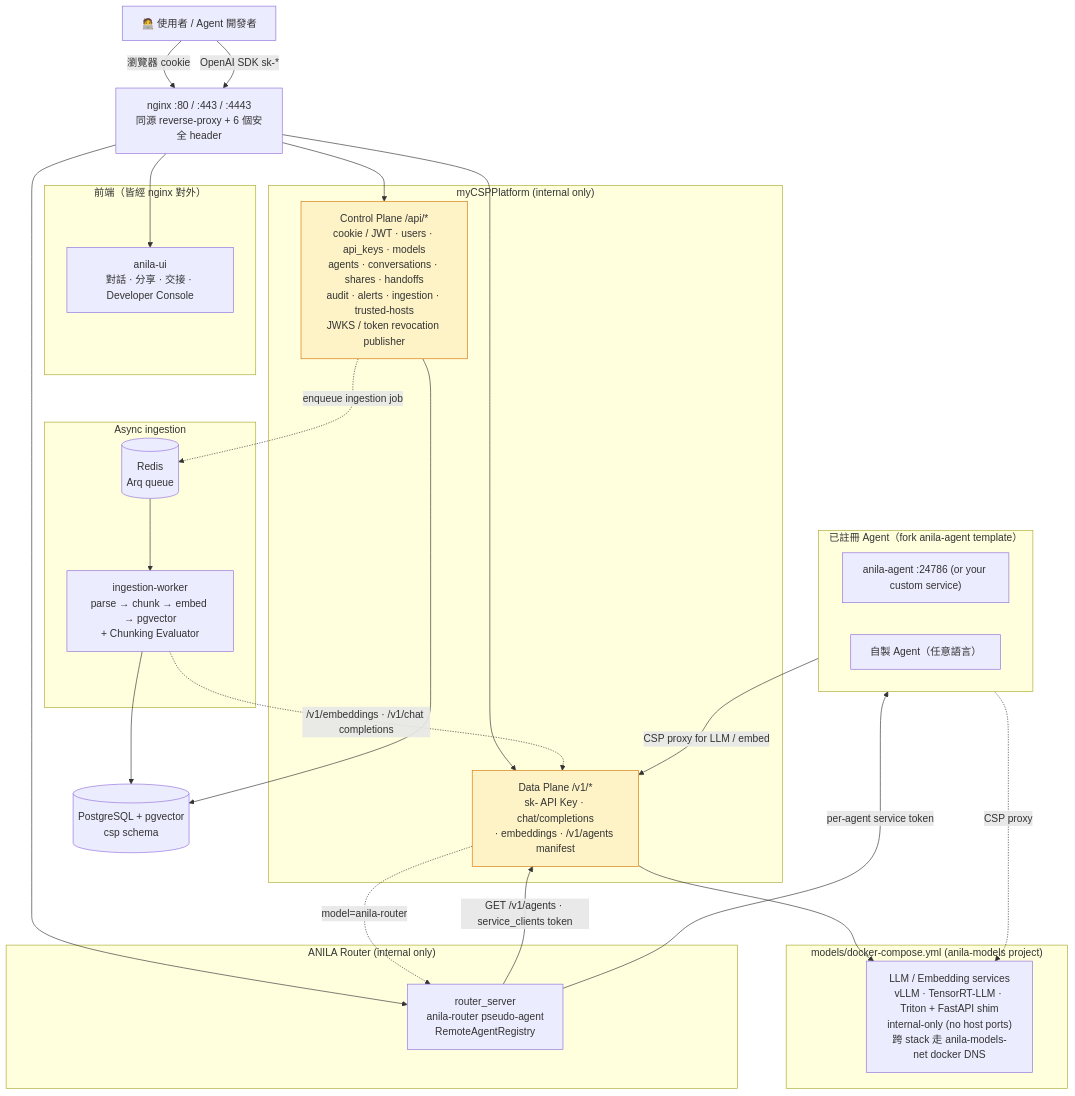
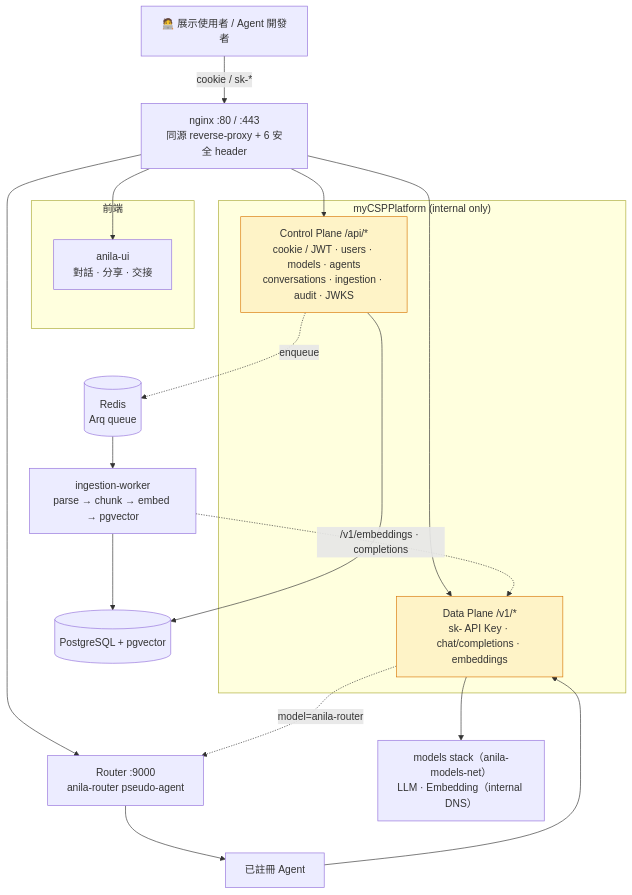
One commit to zzw09773/ANILA changed the diagram in README.md. Above: the diagram before and after it, drawn with Mermaid. The commit also changed other lines of this file, not shown here.

````diff
--- a/README.md
+++ b/README.md
@@ -24,57 +56,31 @@
 ```mermaid
 flowchart TB
-    users["🧑‍💻 使用者 / Agent 開發者"]
-    nginx["nginx :80 / :443 / :4443<br/>同源 reverse-proxy + 6 個安全 header"]
+    users["🧑‍💻 展示使用者 / Agent 開發者"]
+    nginx["nginx :80 / :443<br/>同源 reverse-proxy + 6 安全 header"]
 
-    subgraph spas["前端（皆經 nginx 對外）"]
-        anila_ui["anila-ui<br/>對話 · 分享 · 交接 · Developer Console"]
+    subgraph spas["前端"]
+        anila_ui["anila-ui<br/>對話 · 分享 · 交接"]
     end
 
     subgraph csp["myCSPPlatform (internal only)"]
-        csp_ctrl["Control Plane /api/*<br/>cookie / JWT · users · api_keys · models<br/>agents · conversations · shares · handoffs<br/>audit · alerts · ingestion · trusted-hosts<br/>JWKS / token revocation publisher"]
-        csp_data["Data Plane /v1/*<br/>sk- API Key · chat/completions<br/>· embeddings · /v1/agents manifest"]
+        csp_ctrl["Control Plane /api/*<br/>cookie / JWT · users · models · agents<br/>conversations · ingestion · audit · JWKS"]
+        csp_data["Data Plane /v1/*<br/>sk- API Key · chat/completions · embeddings"]
     end
 
-    subgraph router["ANILA Router (internal only)"]
-        router_core["router_server<br/>anila-router pseudo-agent<br/>RemoteAgentRegistry"]
-    end
+    router_core["Router :9000<br/>anila-router pseudo-agent"]
+    agents["已註冊 Agent"]
+    redis[("Redis<br/>Arq queue")]
+    worker["ingestion-worker<br/>parse → chunk → embed → pgvector"]
+    llm["models stack（anila-models-net）<br/>LLM · Embedding（internal DNS）"]
+    db[("PostgreSQL + pgvector")]
 
-    subgraph agents["已註冊 Agent（fork anila-agent template）"]
-        rag["anila-agent :24786 (or your custom service)"]
-        custom["自製 Agent（任意語言）"]
-    end
-
-    subgraph async["Async ingestion"]
-        redis[("Redis<br/>Arq queue")]
-        worker["ingestion-worker<br/>parse → chunk → embed → pgvector<br/>+ Chunking Evaluator"]
-    end
-
-    subgraph models["models/docker-compose.yml (anila-models project)"]
-        llm["LLM / Embedding services<br/>vLLM · TensorRT-LLM · Triton + FastAPI shim<br/>internal-only (no host ports)<br/>跨 stack 走 anila-models-net docker DNS"]
-    end
-
-    db[("PostgreSQL + pgvector<br/>csp schema")]
-
-    users -->|瀏覽器 cookie| nginx
-    users -->|OpenAI SDK sk-*| nginx
-    nginx --> anila_ui
-    nginx --> csp_ctrl
-    nginx --> csp_data
-    nginx --> router_core
-
-    csp_data -.->|model=anila-router| router_core
-    router_core -->|GET /v1/agents · service_clients token| csp_data
-    router_core -->|per-agent service token| agents
-    agents -->|CSP proxy for LLM / embed| csp_data
-
+    users -->|cookie / sk-*| nginx --> anila_ui & csp_ctrl & csp_data & router_core
+    csp_data -.->|model=anila-router| router_core --> agents --> csp_data
     csp_ctrl --> db
     csp_data --> llm
-    csp_ctrl -.->|enqueue ingestion job| redis
-    redis --> worker
-    worker --> db
-    worker -.->|/v1/embeddings · /v1/chat completions| csp_data
-    agents -.CSP proxy.-> llm
+    csp_ctrl -.->|enqueue| redis --> worker --> db
+    worker -.->|/v1/embeddings · completions| csp_data
 
     classDef plane fill:#fef3c7,stroke:#d97706
     class csp_ctrl,csp_data plane
 ```
````
